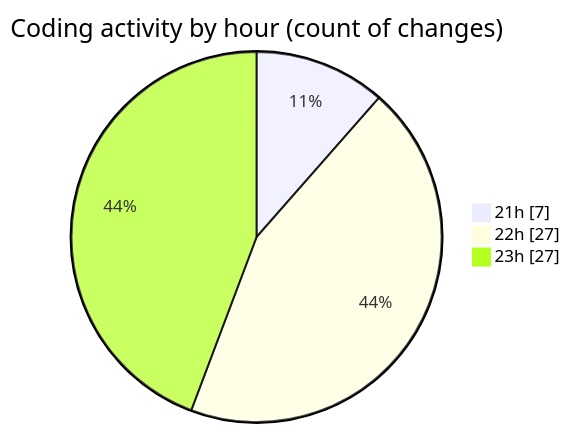
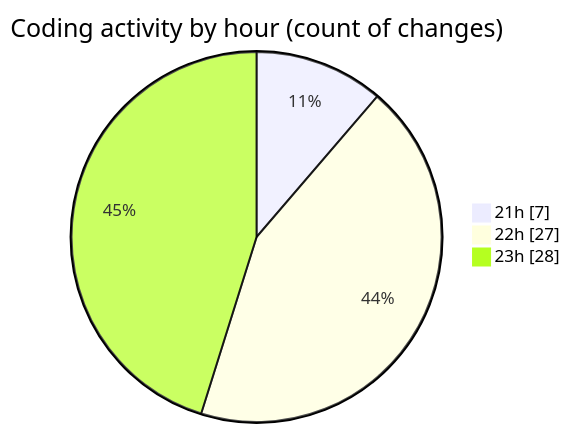
The second of 2 diagrams in 2025-08-16/studybuddy/README.md (lephambinh05/code-tracking), drawn with Mermaid before and after one commit. The commit also changed other lines of this file and 1 other file, not shown here.

````diff
--- a/2025-08-16/studybuddy/README.md
+++ b/2025-08-16/studybuddy/README.md
@@ -44,7 +44,7 @@
 ```mermaid
 pie showData
 title Coding activity by hour (count of changes)
 "21h" : 7
 "22h" : 27
-"23h" : 27
+"23h" : 28
 ```
````
